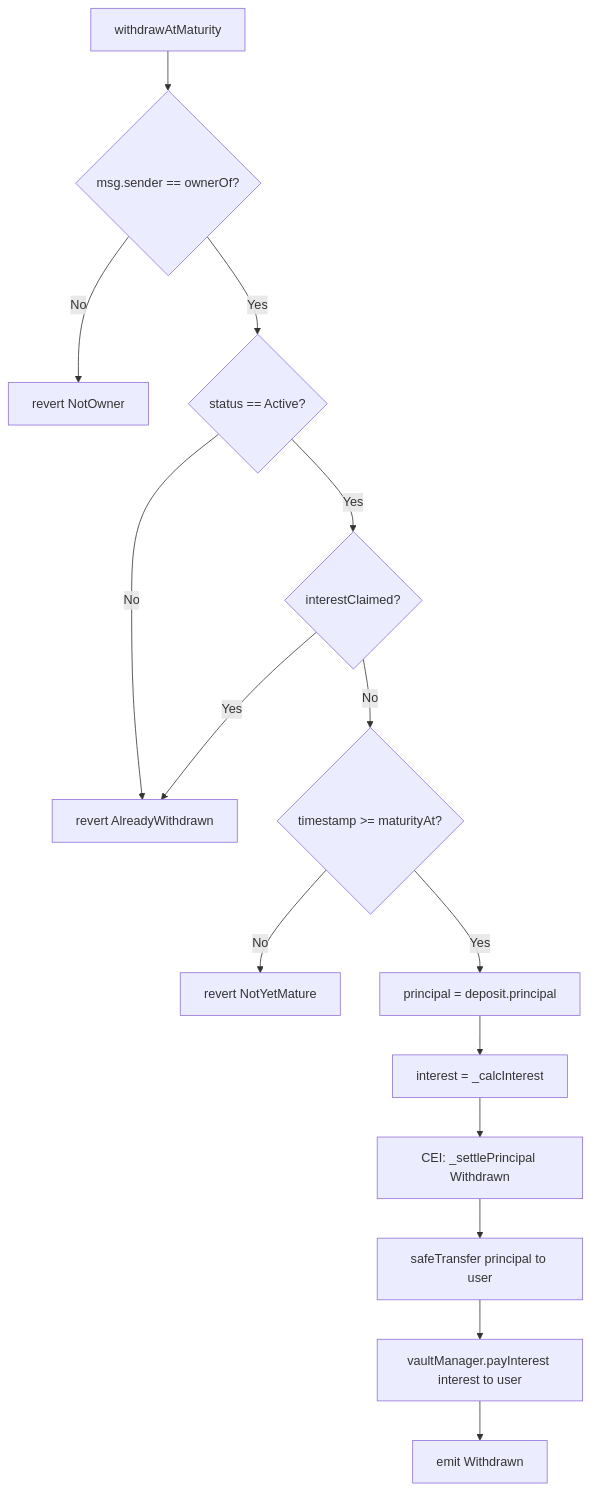
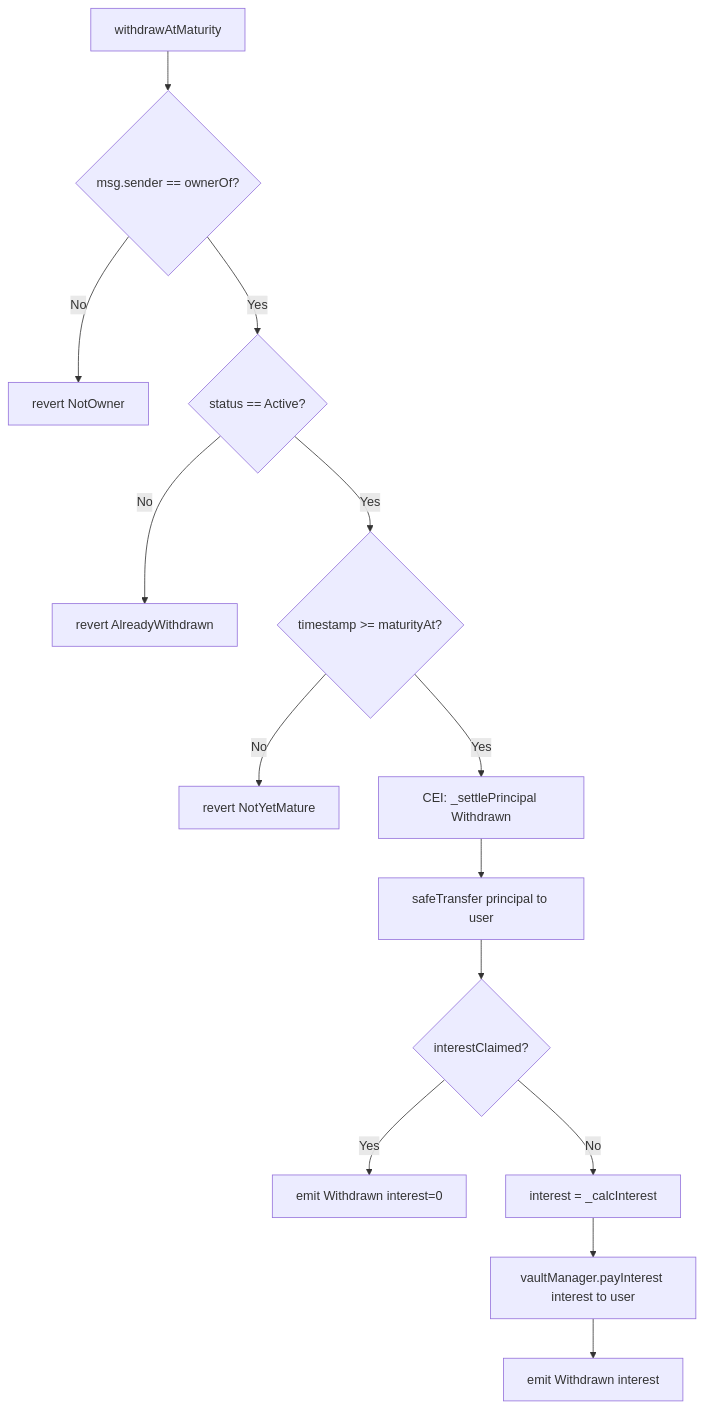
The second of 8 diagrams in docs/Reports/bugs/state-machine-status.md (yang-sin-pal/AC_BlockChain_Online_Saving), drawn with Mermaid before and after one commit. The commit also changed other lines of this file and 4 other files, not shown here.

Commit message:
feat: update withdrawal logic to handle interestClaimed status, ensuring principal only withdrawal when interest is claimed

````diff
--- a/docs/Reports/bugs/state-machine-status.md
+++ b/docs/Reports/bugs/state-machine-status.md
@@ -121,17 +122,16 @@
 ```mermaid
 flowchart TD
     A[withdrawAtMaturity] --> B{msg.sender == ownerOf?}
     B -- No --> R1[revert NotOwner]
     B -- Yes --> C{status == Active?}
     C -- No --> R2[revert AlreadyWithdrawn]
-    C -- Yes --> D{interestClaimed?}
-    D -- Yes --> R2
-    D -- No --> E{timestamp >= maturityAt?}
-    E -- No --> R3[revert NotYetMature]
-    E -- Yes --> F[principal = deposit.principal]
-    F --> G[interest = _calcInterest]
-    G --> H[CEI: _settlePrincipal Withdrawn]
-    H --> I[safeTransfer principal to user]
+    C -- Yes --> D{timestamp >= maturityAt?}
+    D -- No --> R3[revert NotYetMature]
+    D -- Yes --> E[CEI: _settlePrincipal Withdrawn]
+    E --> F[safeTransfer principal to user]
+    F --> G{interestClaimed?}
+    G -- Yes --> H[emit Withdrawn interest=0]
+    G -- No --> I[interest = _calcInterest]
     I --> J[vaultManager.payInterest interest to user]
-    J --> K[emit Withdrawn]
+    J --> K[emit Withdrawn interest]
 ```
````
